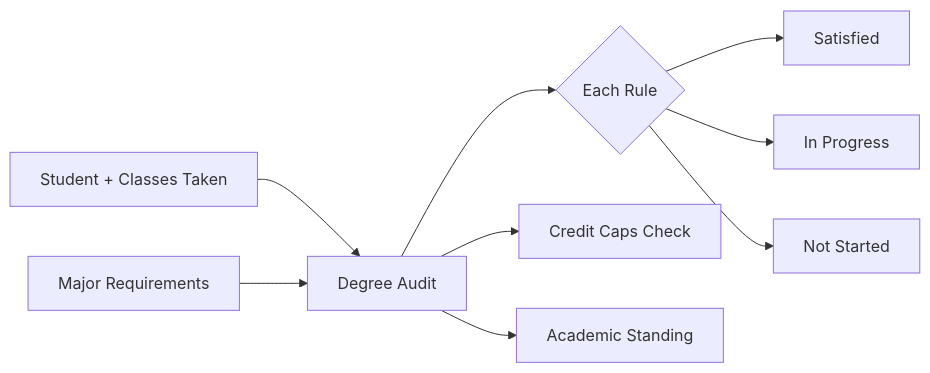
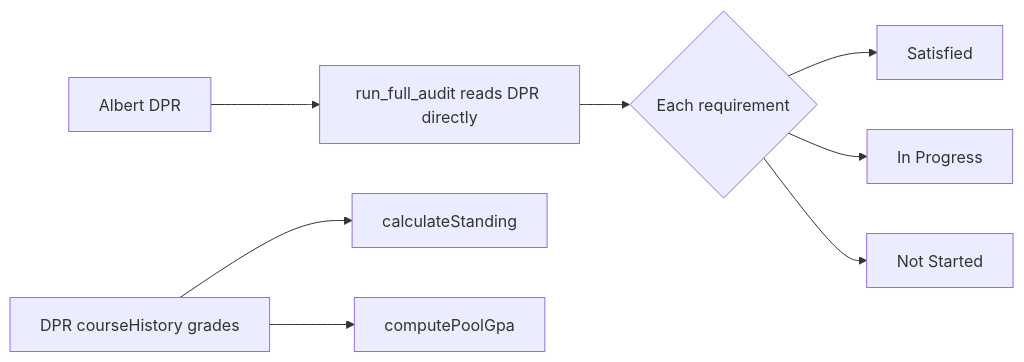
Before and after one commit to EdoardoMongardi/NYU_Path: the first of 2 diagrams in Docs/current-system/engine/audit.md, drawn with Mermaid. The commit also changed other lines of this file and 73 other files, not shown here.

````diff
--- a/Docs/current-system/engine/audit.md
+++ b/Docs/current-system/engine/audit.md
@@ -7,11 +9,10 @@
 ```mermaid
 flowchart LR
-    Student[Student + Classes Taken] --> Audit[Degree Audit]
-    Major[Major Requirements] --> Audit
-    Audit --> Status{Each Rule}
+    DPR[Albert DPR] --> Audit[run_full_audit reads DPR directly]
+    Audit --> Status{Each requirement}
     Status --> Done[Satisfied]
     Status --> Partial[In Progress]
     Status --> Todo[Not Started]
-    Audit --> Caps[Credit Caps Check]
-    Audit --> Standing[Academic Standing]
+    Coursework[DPR courseHistory grades] --> Standing[calculateStanding]
+    Coursework --> PoolGpa[computePoolGpa]
 ```
````
